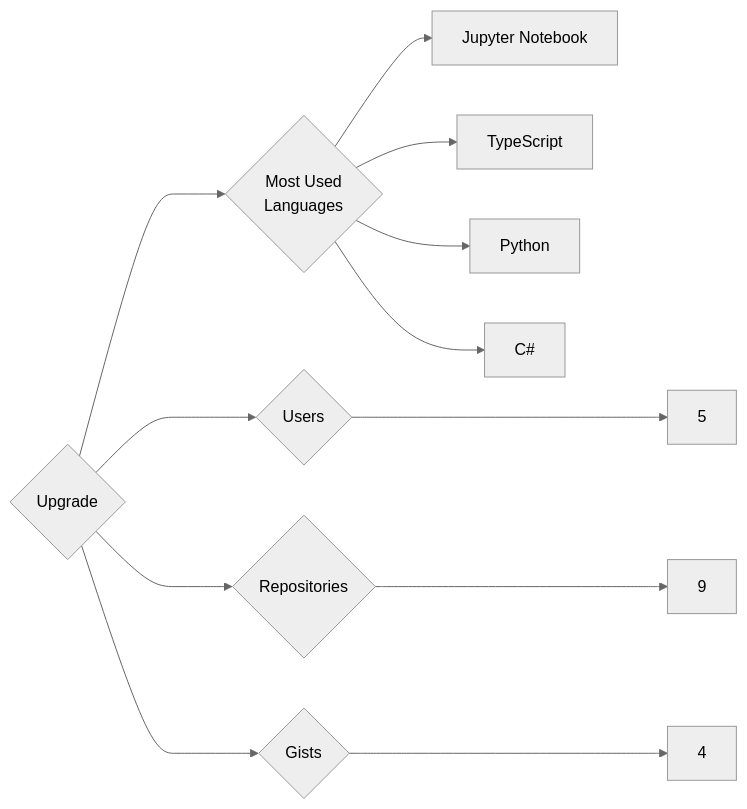
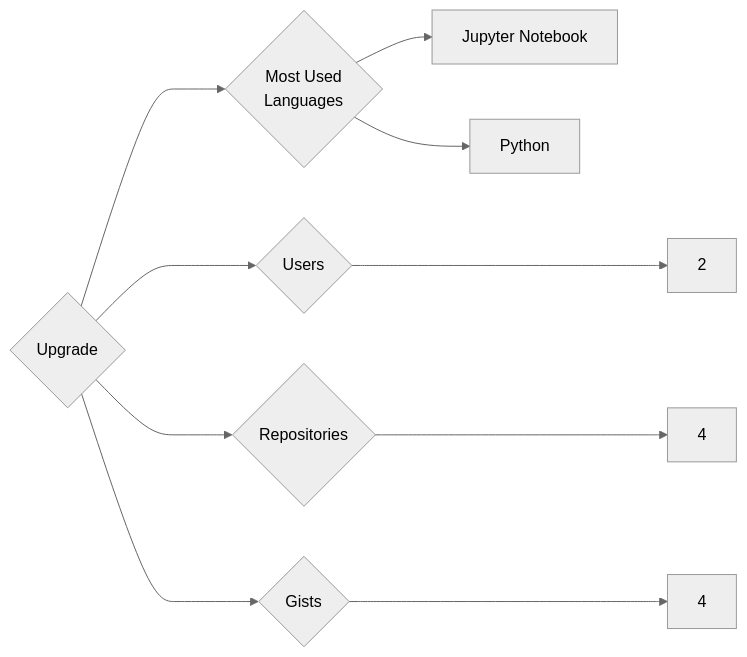
One commit to trickest/insiders changed the diagram in targets/Upgrade/README.md. Above: the diagram before and after it, drawn with Mermaid (neutral theme). The commit also changed 871 other files, not shown here.

````diff
--- a/targets/Upgrade/README.md
+++ b/targets/Upgrade/README.md
@@ -3,12 +3,10 @@
 ```mermaid
 graph LR
 COMPANY_NAME{Upgrade}
-COMPANY_NAME ---> U{Users} ---> UN[5]
-COMPANY_NAME ---> R{Repositories} ---> RN[9]
+COMPANY_NAME ---> U{Users} ---> UN[2]
+COMPANY_NAME ---> R{Repositories} ---> RN[4]
 COMPANY_NAME ---> G{Gists} ---> GN[4]
 COMPANY_NAME ---> ML{Most Used<br>Languages}
 ML --> Jupyter_Notebook[Jupyter Notebook]
-ML --> TypeScript[TypeScript]
 ML --> Python[Python]
-ML --> C#[C#]
 ```
````
